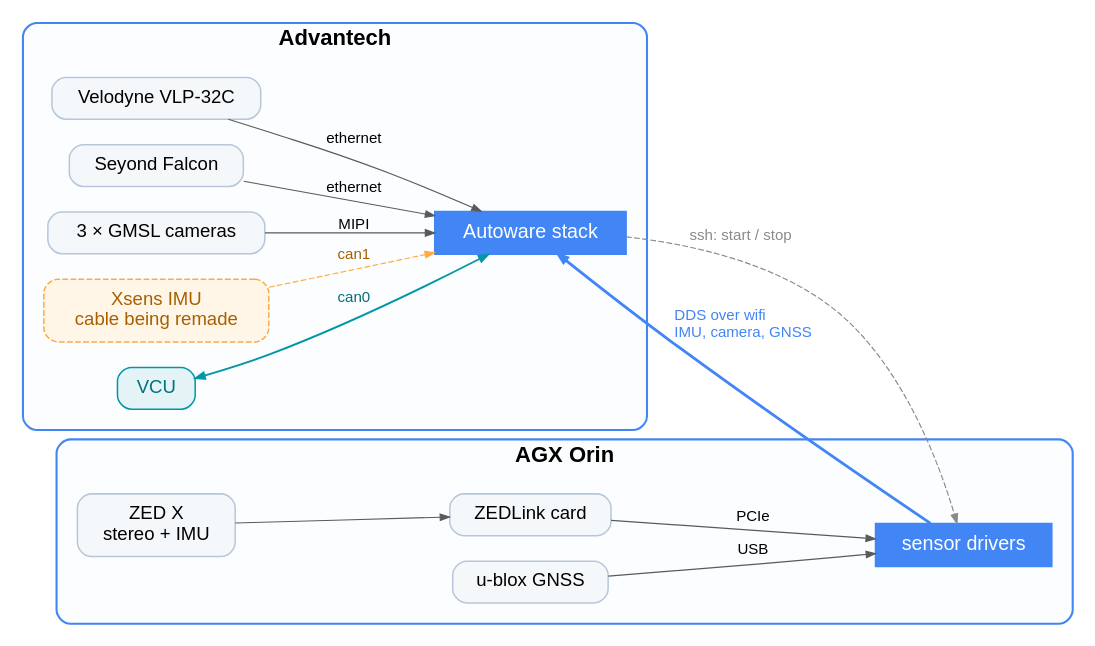
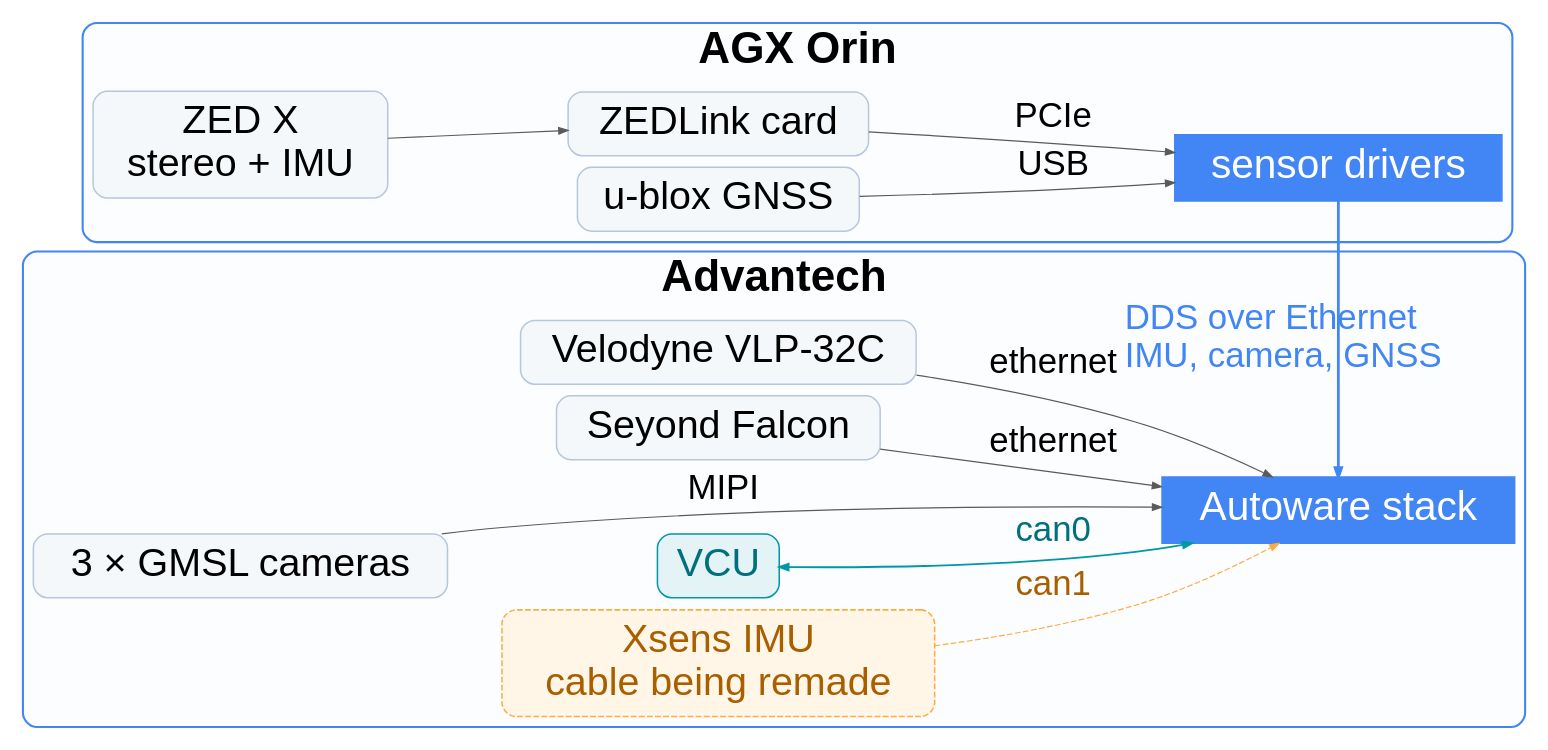
One commit to NEWSLabNTU/2026-golf-cart changed the diagram in docs/reports/assets/sensor_wiring.dot. Above: the diagram before and after it, drawn with Graphviz. The commit also changed 3 other files, not shown here.

First line of the commit message:
docs(report): fix the wiring link, and size the diagram text by measurement

```diff
--- a/docs/reports/assets/sensor_wiring.dot
+++ b/docs/reports/assets/sensor_wiring.dot
@@ -1,92 +1,97 @@
 // Sensor wiring across the two machines.
 //
 //   dot -Tpng -Gdpi=150 sensor_wiring.dot -o sensor_wiring.png
 //
 // Ownership is taken from config/recording/{master,orin}_topics.txt, which is
 // the authoritative record of which host publishes what.
 //
 // LABELS ARE DELIBERATELY SHORT. An earlier version put the interface, the IP
 // address, the topic names and the reason-for-placement inside the node cards,
 // which forced the font down until nothing was readable from the back of a
 // room. Anything that is not the device's name now lives on an edge or in what
 // the presenter says out loud. Do not put it back.
 //
 // Facts that are no longer written on the picture:
 //   - Velodyne 192.168.7.10, Falcon UDP 8010
 //   - the ZED IMU topic is /sensing/camera/zed/imu/data at 100 Hz
+//   - the master starts and stops the orin's unit over ssh
+//   - the card colours: the legend for those lives in the SLIDE, in Typst, not
+//     in this file. Text inside the picture is scaled down with the picture;
+//     text beside it on the slide stays at body size.
 //   - the u-blox is on the Orin because the Advantech has no free USB port --
 //     keyboard, mouse, phone tethering, external disk. See notes-usb-ports.md
 //   - the Xsens cable is broken and being remade; the stack runs on the ZED's
-//     built-in IMU meanwhile, so the IMU in use crosses the wifi link
+//     built-in IMU meanwhile, so the IMU in use crosses the Ethernet link
 
 digraph sensors {
   rankdir=LR;
   bgcolor="white";
   compound=true;
-  nodesep=0.30;
-  ranksep=1.05;
+  nodesep=0.14;
+  ranksep=0.62;
   fontname="Helvetica";
-  node  [shape=box, style="rounded,filled", fontname="Helvetica", fontsize=16,
+  node  [shape=box, style="rounded,filled", fontname="Helvetica", fontsize=34,
          color="#B7C7DA", fillcolor="#f4f8fb", penwidth=1.3,
          margin="0.22,0.13"];
-  edge  [fontname="Helvetica", fontsize=13, color="#5a5a5a", arrowsize=0.8];
+  edge  [fontname="Helvetica", fontsize=30, color="#5a5a5a", arrowsize=0.8];
 
   // ── Advantech ─────────────────────────────────────────────────────────────
   subgraph cluster_master {
     label="Advantech";
-    fontsize=19; fontname="Helvetica-Bold";
+    fontsize=38; fontname="Helvetica-Bold";
     color="#4285F4"; penwidth=1.8; style=rounded; bgcolor="#fbfdff";
-    margin=18;
+    margin=9;
 
     vlp    [label="Velodyne VLP-32C"];
     falcon [label="Seyond Falcon"];
     cams   [label="3 × GMSL cameras"];
     xsens  [label="Xsens IMU\ncable being remade", color="#FFAB40",
             fillcolor="#FFF6E8", fontcolor="#A85F00",
             style="rounded,filled,dashed"];
     vcu    [label="VCU", fillcolor="#E4F4F6", color="#0097A7",
             fontcolor="#00707C"];
 
     adv    [label="Autoware stack", shape=box, style="filled",
             fillcolor="#4285F4", fontcolor="white", color="#4285F4",
-            fontsize=17];
+            fontsize=35];
+
+    cams   -> xsens [style=invis];
+    cams   -> vcu   [style=invis];
 
     vlp    -> adv [label="  ethernet"];
     falcon -> adv [label="  ethernet"];
     cams   -> adv [label="  MIPI"];
     xsens  -> adv [label="  can1", color="#FFAB40",
                    fontcolor="#A85F00", style=dashed];
     vcu    -> adv [label="  can0", dir=both, color="#0097A7",
                    fontcolor="#00707C", penwidth=1.6];
   }
 
   // ── Orin ──────────────────────────────────────────────────────────────────
   subgraph cluster_orin {
     label="AGX Orin";
-    fontsize=19; fontname="Helvetica-Bold";
+    fontsize=38; fontname="Helvetica-Bold";
     color="#4285F4"; penwidth=1.8; style=rounded; bgcolor="#fbfdff";
-    margin=18;
+    margin=9;
 
     zed  [label="ZED X\nstereo + IMU"];
     zedl [label="ZEDLink card"];
     gnss [label="u-blox GNSS"];
 
     orin [label="sensor drivers", shape=box, style="filled",
           fillcolor="#4285F4", fontcolor="white", color="#4285F4",
-          fontsize=17];
+          fontsize=35];
 
     zed  -> zedl;
     zedl -> orin [label="  PCIe"];
     gnss -> orin [label="  USB"];
   }
 
   // ── the virtual link ──────────────────────────────────────────────────────
   // Not a cable. The IMU the stack actually uses crosses it, and so does the
-  // GNSS fix -- which is why its latency matters to localization.
-  orin -> adv [label="  DDS over wifi\l  IMU, camera, GNSS\l",
+  // GNSS fix -- which is why its latency matters to localization. Wired
+  // Ethernet, not wifi.
+  orin -> adv [label="  DDS over Ethernet\l  IMU, camera, GNSS\l",
                style=bold, color="#4285F4", fontcolor="#4285F4",
                penwidth=2.4, constraint=false];
-  adv  -> orin [label="  ssh: start / stop\l",
-                style=dashed, color="#8a8a8a", fontcolor="#8a8a8a",
-                constraint=false];
 }
```
